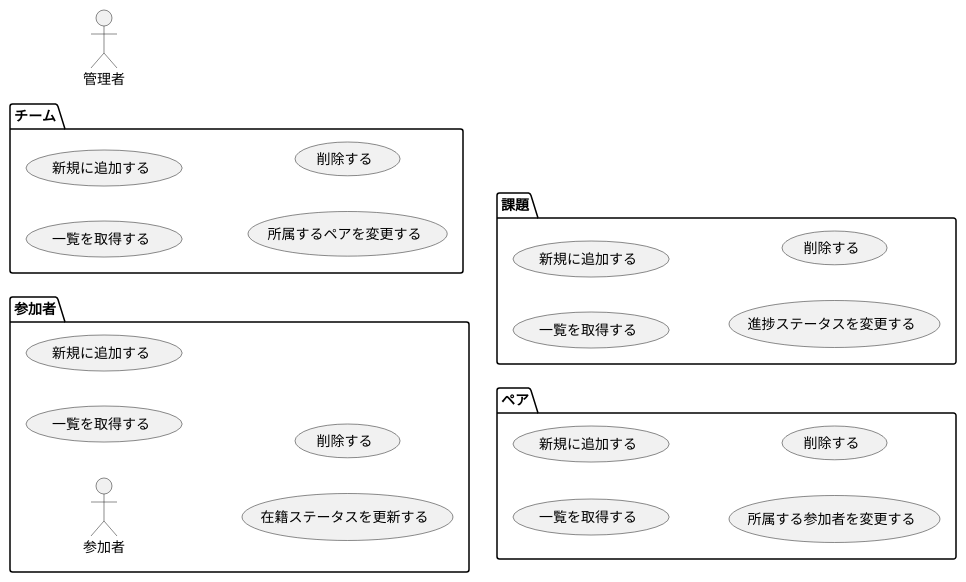
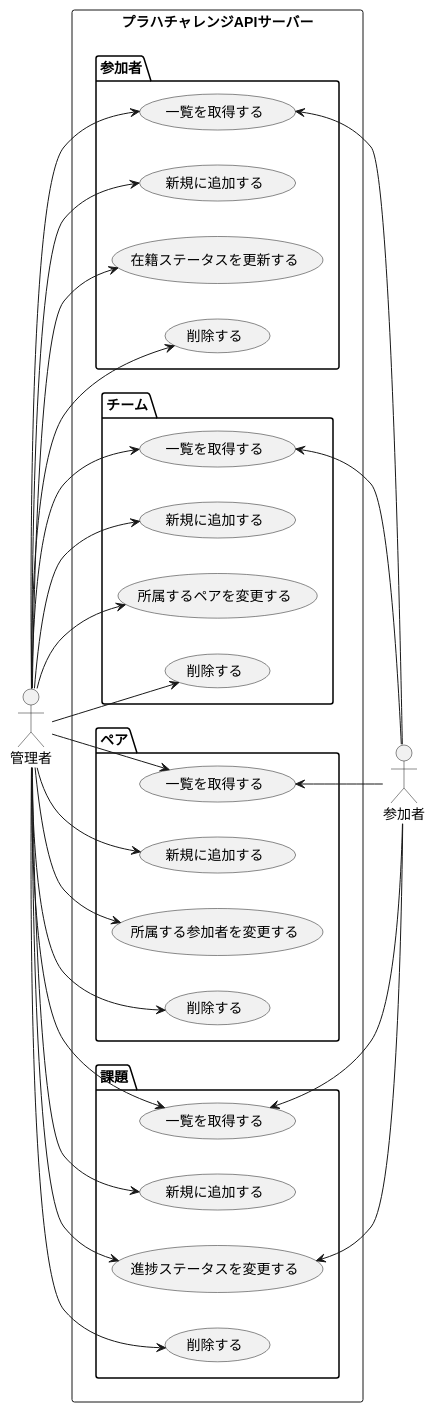
One commit to gn-t-k/PrAhaChallengeTasks changed the diagram in 04_設計/04_プラハチャレンジをDDDで実装してみる/01_モデル図/ユースケース図.md. Above: the diagram before and after it, drawn with PlantUML.

Commit message:
ユースケース図

````diff
--- a/04_設計/04_プラハチャレンジをDDDで実装してみる/01_モデル図/ユースケース図.md
+++ b/04_設計/04_プラハチャレンジをDDDで実装してみる/01_モデル図/ユースケース図.md
@@ -3,35 +3,72 @@
 ```plantuml
 @startuml
 
 left to right direction
 
 actor 管理者 as admin
+actor 参加者 as member
 
-package 参加者 {
-  actor 参加者 as member
-  usecase "一覧を取得する" as uc1_1
-  usecase "新規に追加する" as uc1_2
-  usecase "在籍ステータスを更新する" as uc1_3
-  usecase "削除する" as uc1_4
+rectangle プラハチャレンジAPIサーバー {
+  package 参加者 as members {
+    usecase "一覧を取得する" as uc1_1
+    usecase "新規に追加する" as uc1_2
+    usecase "在籍ステータスを更新する" as uc1_3
+    usecase "削除する" as uc1_4
+    uc1_4 -[hidden] uc1_3
+    uc1_3 -[hidden] uc1_2
+    uc1_2 -[hidden] uc1_1
+  }
+  package チーム as teams {
+    usecase "一覧を取得する" as uc2_1
+    usecase "新規に追加する" as uc2_2
+    usecase "所属するペアを変更する" as uc2_3
+    usecase "削除する" as uc2_4
+    uc2_4 -[hidden] uc2_3
+    uc2_3 -[hidden] uc2_2
+    uc2_2 -[hidden] uc2_1
+  }
+  package ペア as pairs  {
+    usecase "一覧を取得する" as uc3_1
+    usecase "新規に追加する" as uc3_2
+    usecase "所属する参加者を変更する" as uc3_3
+    usecase "削除する" as uc3_4
+    uc3_4 -[hidden] uc3_3
+    uc3_3 -[hidden] uc3_2
+    uc3_2 -[hidden] uc3_1
+  }
+  package 課題 as practices {
+    usecase "一覧を取得する" as uc4_1
+    usecase "新規に追加する" as uc4_2
+    usecase "進捗ステータスを変更する" as uc4_3
+    usecase "削除する" as uc4_4
+    uc4_4 -[hidden] uc4_3
+    uc4_3 -[hidden] uc4_2
+    uc4_2 -[hidden] uc4_1
+  }
 }
-package チーム {
-  usecase "一覧を取得する" as uc2_1
-  usecase "新規に追加する" as uc2_2
-  usecase "所属するペアを変更する" as uc2_3
-  usecase "削除する" as uc2_4
-}
-package ペア {
-  usecase "一覧を取得する" as uc3_1
-  usecase "新規に追加する" as uc3_2
-  usecase "所属する参加者を変更する" as uc3_3
-  usecase "削除する" as uc3_4
-}
-package 課題 {
-  usecase "一覧を取得する" as uc4_1
-  usecase "新規に追加する" as uc4_2
-  usecase "進捗ステータスを変更する" as uc4_3
-  usecase "削除する" as uc4_4
-}
+
+
+admin --> uc1_1
+admin --> uc1_2
+admin --> uc1_3
+admin --> uc1_4
+admin --> uc2_1
+admin --> uc2_2
+admin --> uc2_3
+admin --> uc2_4
+admin --> uc3_1
+admin --> uc3_2
+admin --> uc3_3
+admin --> uc3_4
+admin --> uc4_1
+admin --> uc4_2
+admin --> uc4_3
+admin --> uc4_4
+uc1_1 <-- member
+uc2_1 <-- member
+uc3_1 <-- member
+uc4_1 <-- member
+uc4_3 <-- member
 
 @enduml
 ```
````
